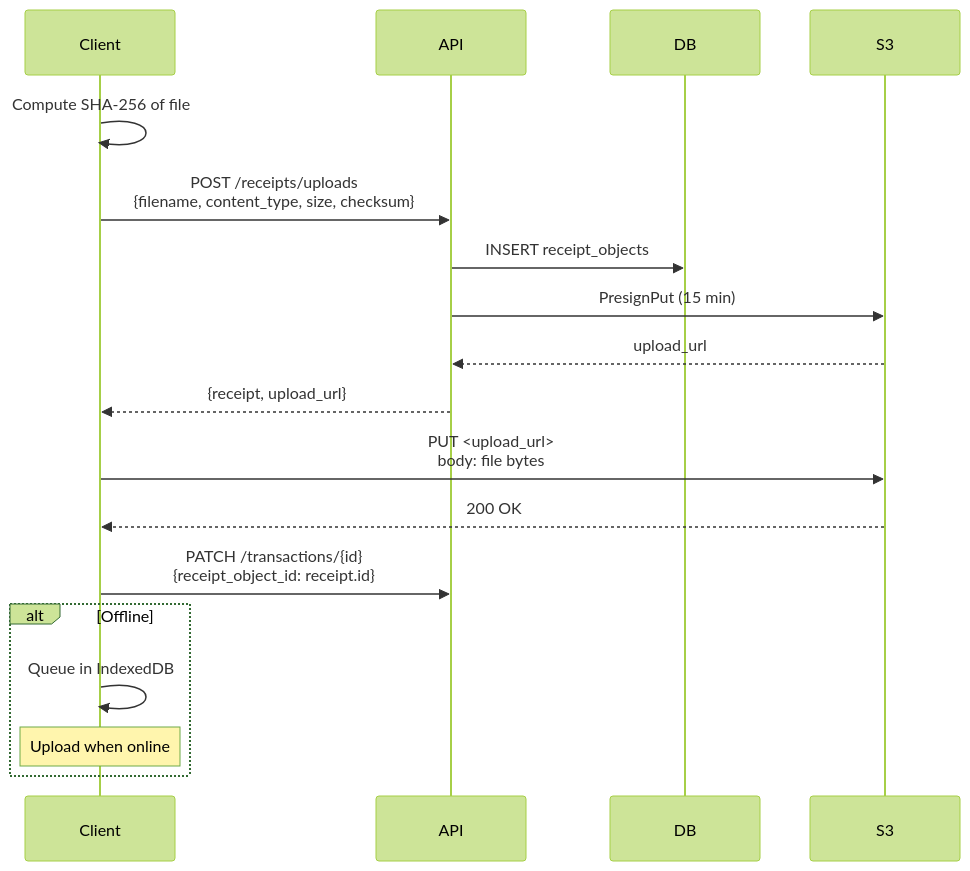
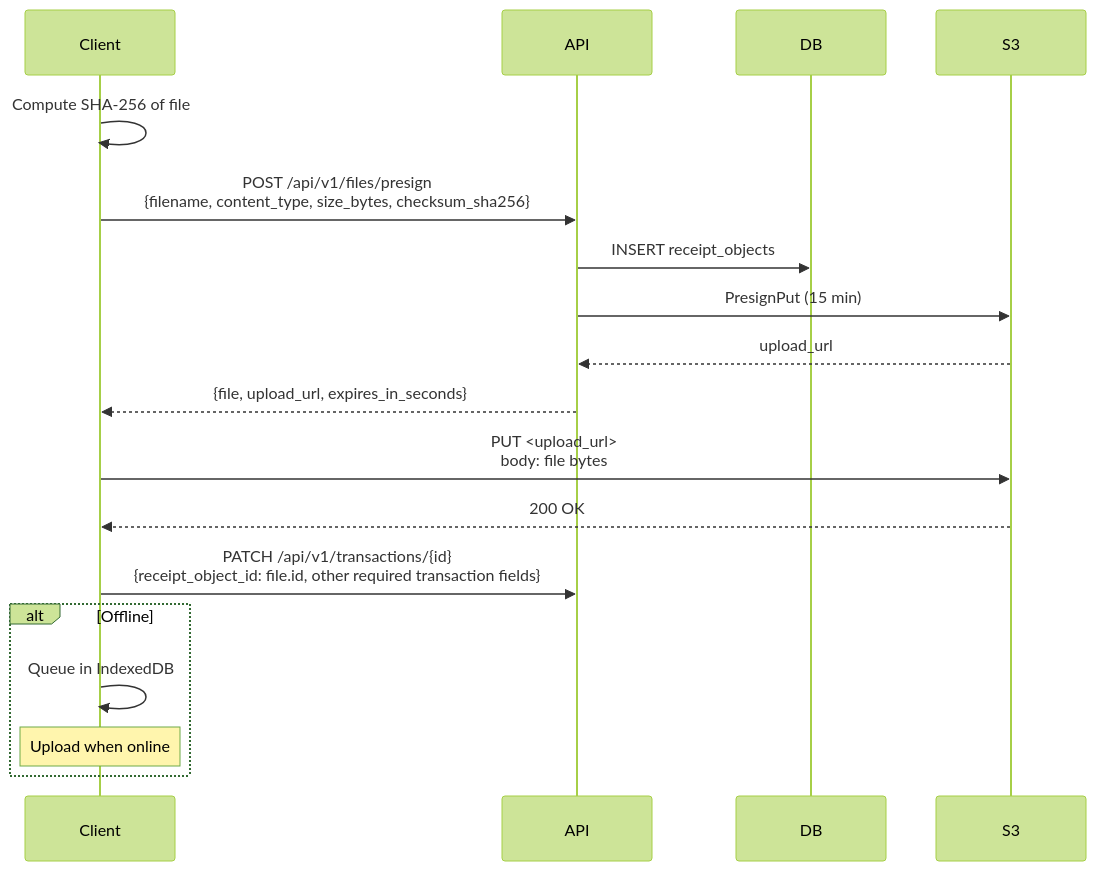
One commit to dungxbuif/MyPocket changed the diagram in frontend/docs/docs/api/export.mdx. Above: the diagram before and after it, drawn with Mermaid (forest theme). The commit also changed other lines of this file and 58 other files, not shown here.

````diff
--- a/frontend/docs/docs/api/export.mdx
+++ b/frontend/docs/docs/api/export.mdx
@@ -95,22 +103,22 @@
 ```mermaid
 sequenceDiagram
     participant Client
     participant API
     participant DB
     participant S3
 
     Client->>Client: Compute SHA-256 of file
-    Client->>API: POST /receipts/uploads<br/>{filename, content_type, size, checksum}
+    Client->>API: POST /api/v1/files/presign<br/>{filename, content_type, size_bytes, checksum_sha256}
     API->>DB: INSERT receipt_objects
     API->>S3: PresignPut (15 min)
     S3-->>API: upload_url
-    API-->>Client: {receipt, upload_url}
+    API-->>Client: {file, upload_url, expires_in_seconds}
     Client->>S3: PUT <upload_url><br/>body: file bytes
     S3-->>Client: 200 OK
-    Client->>API: PATCH /transactions/{id}<br/>{receipt_object_id: receipt.id}
+    Client->>API: PATCH /api/v1/transactions/{id}<br/>{receipt_object_id: file.id, other required transaction fields}
 
     alt Offline
         Client->>Client: Queue in IndexedDB
         Note over Client: Upload when online
     end
 ```
````
